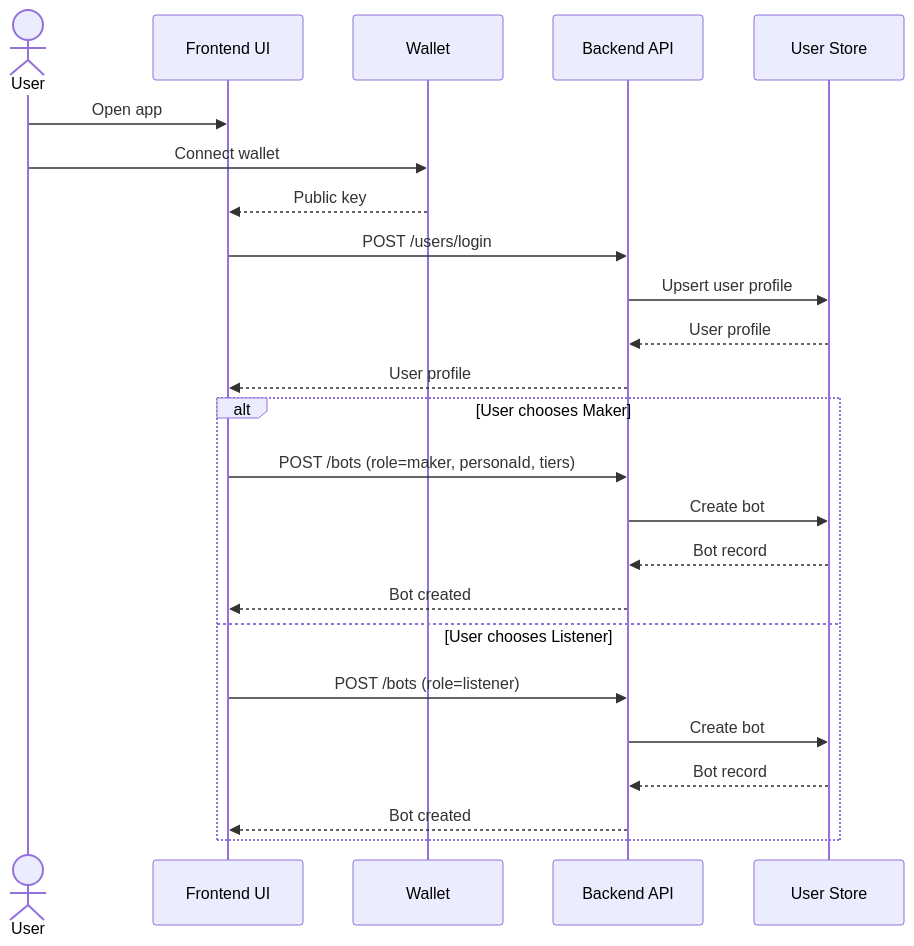
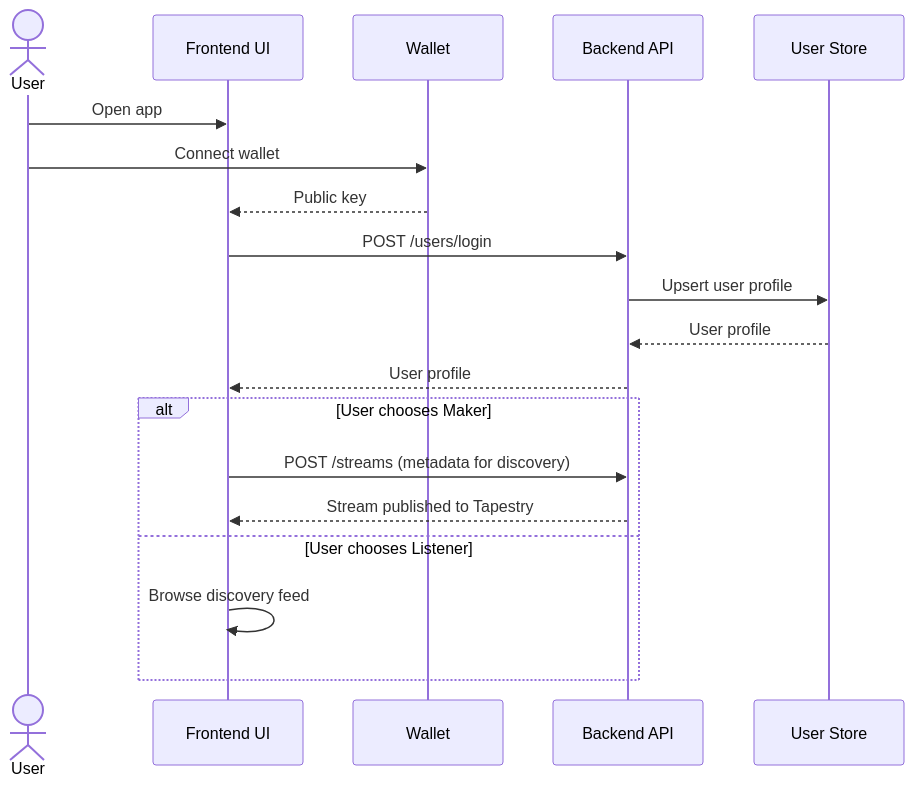
The first of 6 diagrams in documents/Sequence_Diagrams.md (heemankv/sigints.club), drawn with Mermaid before and after one commit. The commit also changed other lines of this file and 137 other files, not shown here.

Commit message:
Update Tapestry-first flow and docs

````diff
--- a/documents/Sequence_Diagrams.md
+++ b/documents/Sequence_Diagrams.md
@@ -9,28 +9,23 @@
 ```mermaid
 sequenceDiagram
   actor User
   participant UI as Frontend UI
   participant Wallet
   participant API as Backend API
   participant Store as User Store
 
   User->>UI: Open app
   User->>Wallet: Connect wallet
   Wallet-->>UI: Public key
   UI->>API: POST /users/login
   API->>Store: Upsert user profile
   Store-->>API: User profile
   API-->>UI: User profile
 
   alt User chooses Maker
-    UI->>API: POST /bots (role=maker, personaId, tiers)
-    API->>Store: Create bot
-    Store-->>API: Bot record
-    API-->>UI: Bot created
+    UI->>API: POST /streams (metadata for discovery)
+    API-->>UI: Stream published to Tapestry
   else User chooses Listener
-    UI->>API: POST /bots (role=listener)
-    API->>Store: Create bot
-    Store-->>API: Bot record
-    API-->>UI: Bot created
+    UI->>UI: Browse discovery feed
   end
 ```
````
